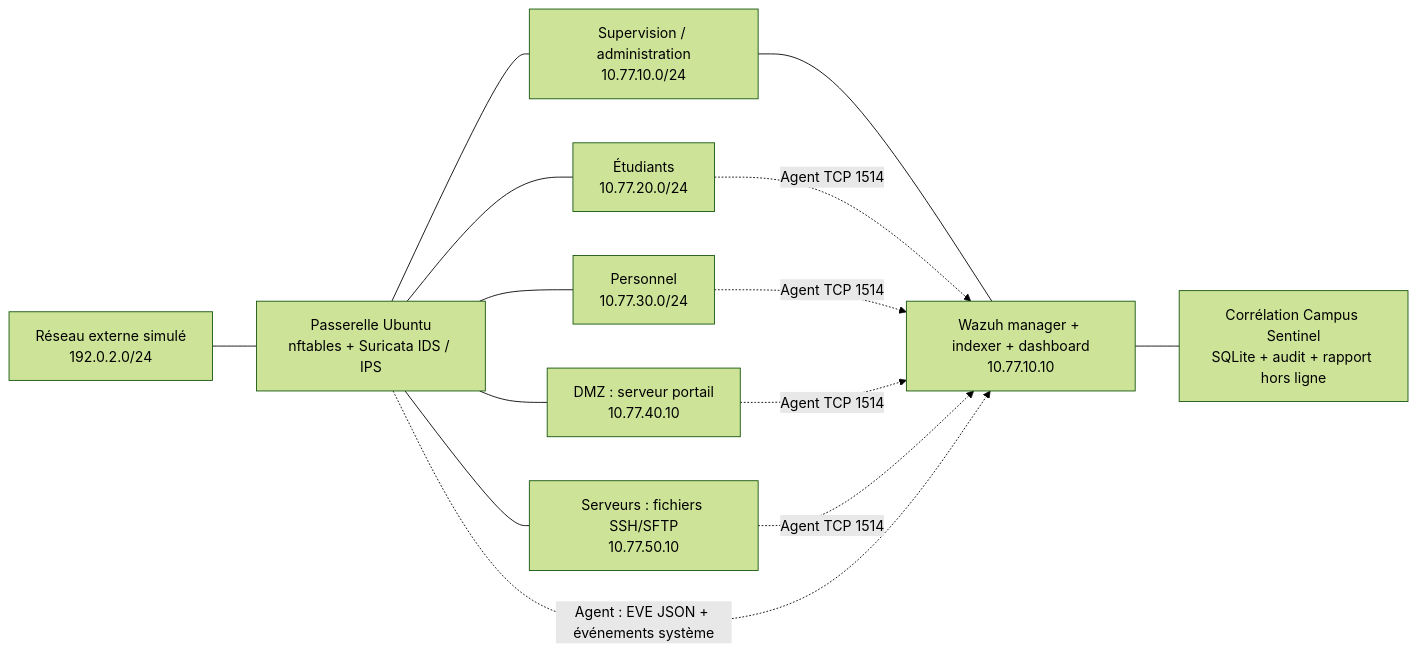
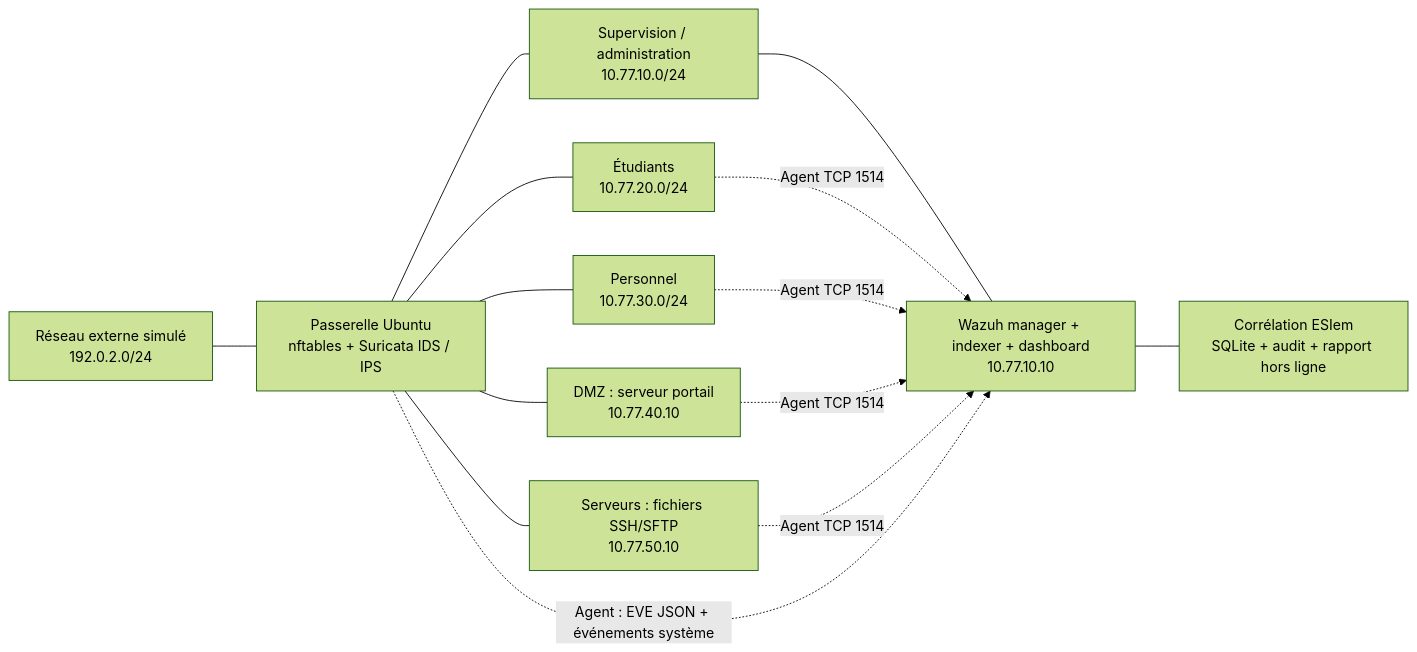
One commit to thezanis11/ESIem changed the diagram in README.md. Above: the diagram before and after it, drawn with Mermaid (forest theme). The commit also changed other lines of this file and 8 other files, not shown here.

````diff
--- a/README.md
+++ b/README.md
@@ -15,16 +15,16 @@
 ```mermaid
 flowchart LR
   EXT["Réseau externe simulé\n192.0.2.0/24"] --- FW["Passerelle Ubuntu\nnftables + Suricata IDS / IPS"]
   FW --- STUD["Étudiants\n10.77.20.0/24"]
   FW --- STAFF["Personnel\n10.77.30.0/24"]
   FW --- DMZ["DMZ : serveur portail\n10.77.40.10"]
   FW --- SERV["Serveurs : fichiers SSH/SFTP\n10.77.50.10"]
   FW --- MGMT["Supervision / administration\n10.77.10.0/24"]
   MGMT --- SOC["Wazuh manager + indexer + dashboard\n10.77.10.10"]
-  SOC --- CORR["Corrélation Campus Sentinel\nSQLite + audit + rapport hors ligne"]
+  SOC --- CORR["Corrélation ESIem\nSQLite + audit + rapport hors ligne"]
   STUD -. "Agent TCP 1514" .-> SOC
   STAFF -. "Agent TCP 1514" .-> SOC
   DMZ -. "Agent TCP 1514" .-> SOC
   SERV -. "Agent TCP 1514" .-> SOC
   FW -. "Agent : EVE JSON + événements système" .-> SOC
 ```
````
